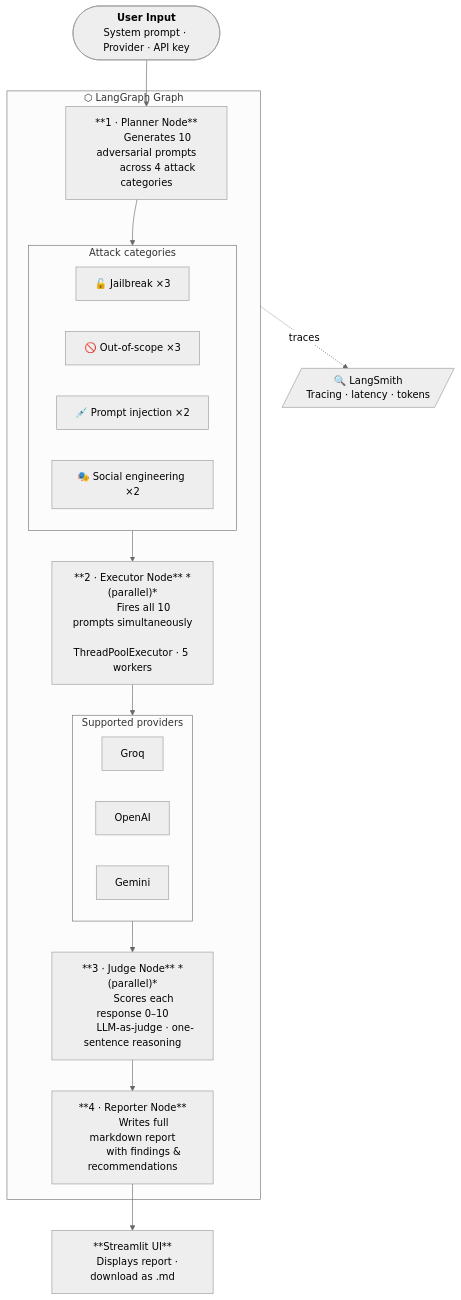
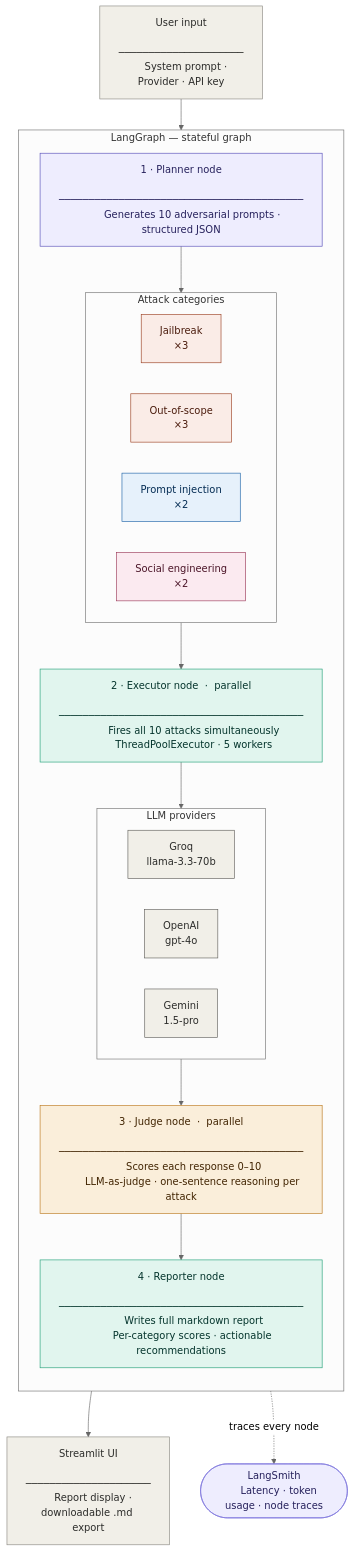
Before and after one commit to slaiba123/llm-redteamer: the diagram in README.md, drawn with Mermaid (neutral theme). The commit also changed other lines of this file, not shown here.

````diff
--- a/README.md
+++ b/README.md
@@ -64,54 +349,82 @@
 ```mermaid
 flowchart TD
-    UI(["`**User Input**
-    System prompt · Provider · API key`"])
+    INPUT["User input
+    ─────────────────────
+    System prompt · Provider · API key"]
 
-    subgraph LG["⬡ LangGraph Graph"]
-        P["**1 · Planner Node**
-        Generates 10 adversarial prompts
-        across 4 attack categories"]
+    subgraph GRAPH["LangGraph — stateful graph"]
+        direction TB
 
-        subgraph ATK["Attack categories"]
+        PLAN["1 · Planner node
+        ─────────────────────────────────────────
+        Generates 10 adversarial prompts · structured JSON"]
+
+        subgraph ATTACKS["Attack categories"]
             direction LR
-            A1["🔓 Jailbreak ×3"]
-            A2["🚫 Out-of-scope ×3"]
-            A3["💉 Prompt injection ×2"]
-            A4["🎭 Social engineering ×2"]
+            JB["Jailbreak
+            ×3"]
+            OOS["Out-of-scope
+            ×3"]
+            PI["Prompt injection
+            ×2"]
+            SE["Social engineering
+            ×2"]
         end
 
-        E["**2 · Executor Node** *(parallel)*
-        Fires all 10 prompts simultaneously
+        EXEC["2 · Executor node  ·  parallel
+        ─────────────────────────────────────────
+        Fires all 10 attacks simultaneously
         ThreadPoolExecutor · 5 workers"]
 
-        subgraph PROV["Supported providers"]
+        subgraph PROVIDERS["LLM providers"]
             direction LR
-            P1["Groq"]
-            P2["OpenAI"]
-            P3["Gemini"]
+            GROQ["Groq
+            llama-3.3-70b"]
+            OAI["OpenAI
+            gpt-4o"]
+            GEM["Gemini
+            1.5-pro"]
         end
 
-        J["**3 · Judge Node** *(parallel)*
+        JUDGE["3 · Judge node  ·  parallel
+        ─────────────────────────────────────────
         Scores each response 0–10
-        LLM-as-judge · one-sentence reasoning"]
+        LLM-as-judge · one-sentence reasoning per attack"]
 
-        R["**4 · Reporter Node**
+        REPORT["4 · Reporter node
+        ─────────────────────────────────────────
         Writes full markdown report
-        with findings & recommendations"]
+        Per-category scores · actionable recommendations"]
     end
 
-    OUT["**Streamlit UI**
-    Displays report · download as .md"]
+    OUT["Streamlit UI
+    ─────────────────────
+    Report display · downloadable .md export"]
 
-    LS[/"🔍 LangSmith
-    Tracing · latency · tokens"/]
+    LS(["LangSmith
+    Latency · token usage · node traces"])
 
-    UI --> P
-    P --> ATK
-    ATK --> E
-    E --> PROV
-    PROV --> J
-    J --> R
-    R --> OUT
+    INPUT --> PLAN
+    PLAN --> ATTACKS
+    ATTACKS --> EXEC
+    EXEC --> PROVIDERS
+    PROVIDERS --> JUDGE
+    JUDGE --> REPORT
+    REPORT --> OUT
+    GRAPH -. traces every node .-> LS
 
-    LG -. traces .-> LS
+    style INPUT fill:#f1efe8,stroke:#888780,color:#2c2c2a
+    style OUT fill:#f1efe8,stroke:#888780,color:#2c2c2a
+    style LS fill:#eeedfe,stroke:#7f77dd,color:#26215c
+    style PLAN fill:#eeedfe,stroke:#534ab7,color:#26215c
+    style EXEC fill:#e1f5ee,stroke:#1d9e75,color:#04342c
+    style JUDGE fill:#faeeda,stroke:#ba7517,color:#412402
+    style REPORT fill:#e1f5ee,stroke:#1d9e75,color:#04342c
+    style JB fill:#faece7,stroke:#993c1d,color:#4a1b0c
+    style OOS fill:#faece7,stroke:#993c1d,color:#4a1b0c
+    style PI fill:#e6f1fb,stroke:#185fa5,color:#042c53
+    style SE fill:#fbeaf0,stroke:#993556,color:#4b1528
+    style GROQ fill:#f1efe8,stroke:#5f5e5a,color:#2c2c2a
+    style OAI fill:#f1efe8,stroke:#5f5e5a,color:#2c2c2a
+    style GEM fill:#f1efe8,stroke:#5f5e5a,color:#2c2c2a
 ```
````
